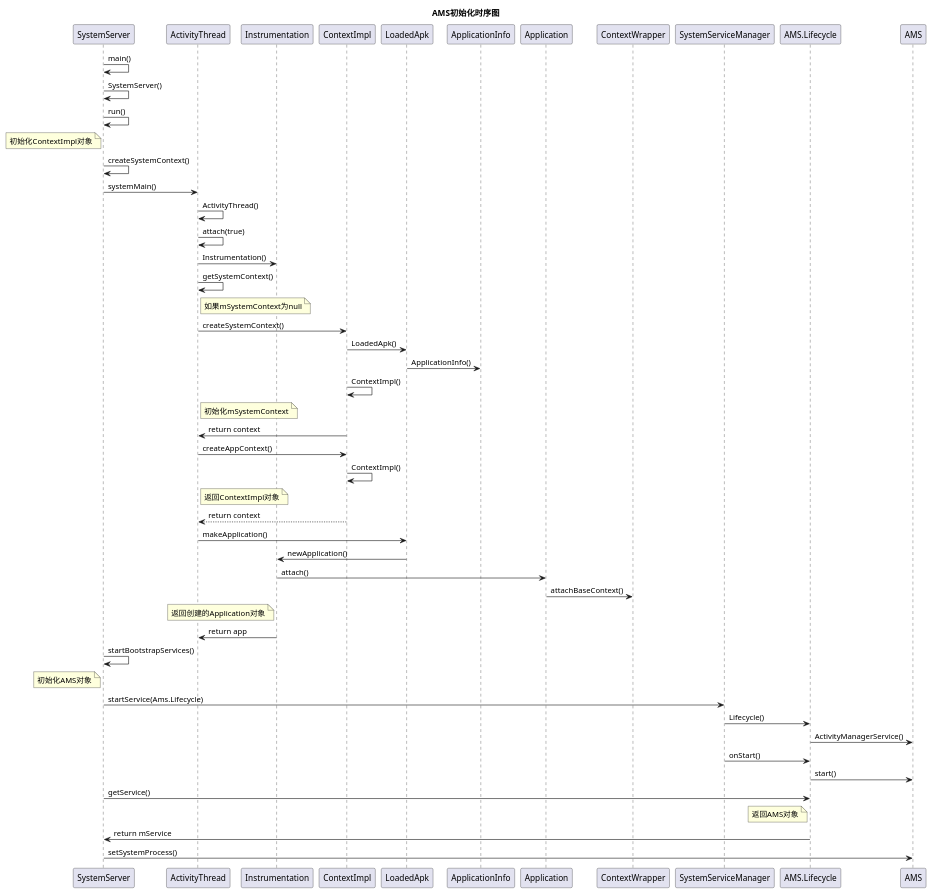
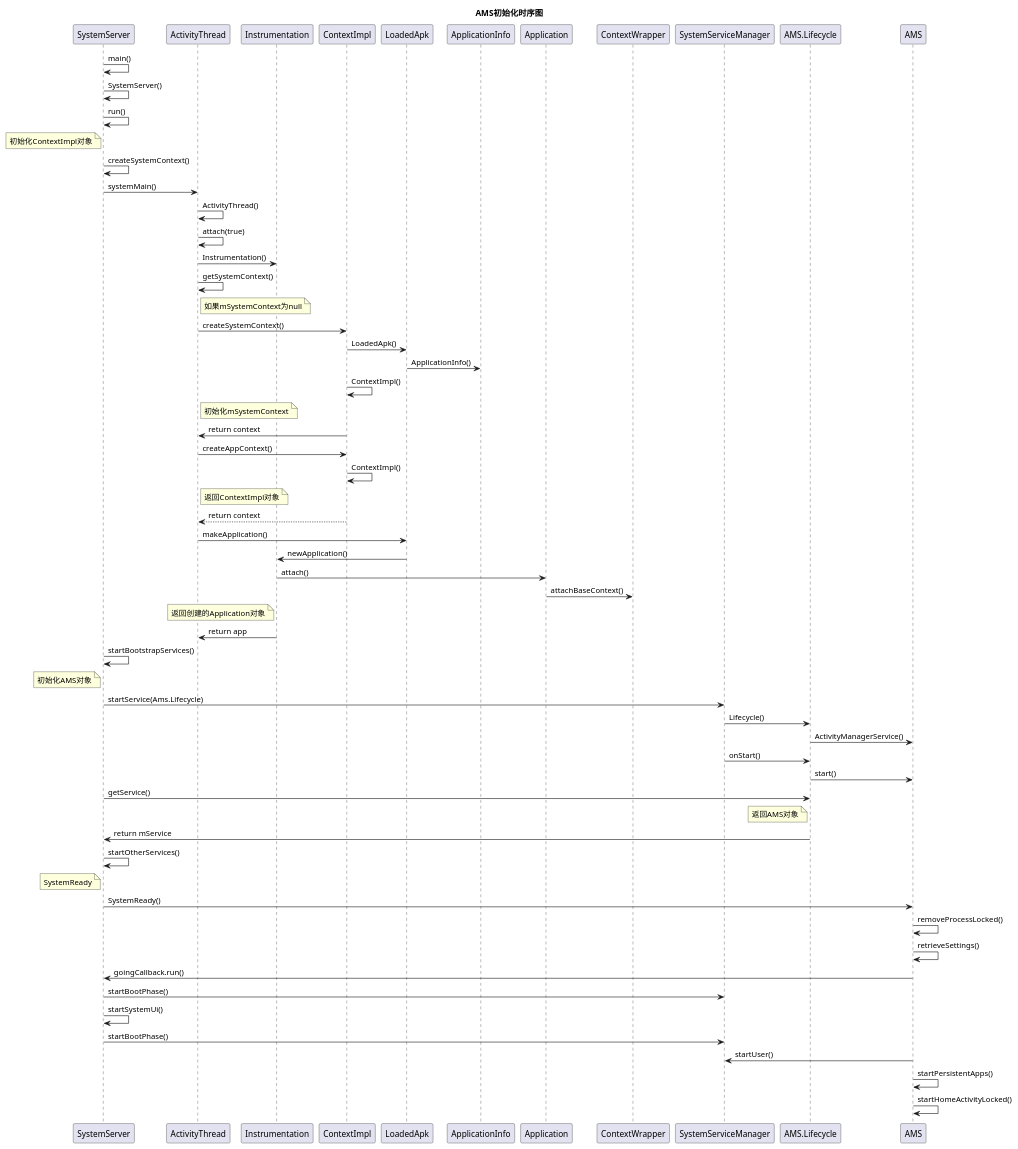
One commit to createtoohard/ams changed the diagram in ActivityManagerService初始化.md. Above: the diagram before and after it, drawn with PlantUML. The commit also changed other lines of this file, not shown here.

Commit message:
append ams_init

````diff
--- a/ActivityManagerService初始化.md
+++ b/ActivityManagerService初始化.md
@@ -15,55 +17,63 @@
 ```puml
 Title : AMS初始化时序图
 SystemServer -> SystemServer : main()
 SystemServer -> SystemServer : SystemServer()
 SystemServer -> SystemServer : run()
 
 Note left of SystemServer : 初始化ContextImpl对象
 SystemServer -> SystemServer : createSystemContext()
 SystemServer -> ActivityThread : systemMain()
 ActivityThread -> ActivityThread : ActivityThread()
 ActivityThread -> ActivityThread : attach(true)
 
 ActivityThread -> Instrumentation : Instrumentation()
 
 ActivityThread -> ActivityThread : getSystemContext()
 Note right of ActivityThread : 如果mSystemContext为null
 ActivityThread -> ContextImpl : createSystemContext()
 ContextImpl -> LoadedApk : LoadedApk()
 LoadedApk -> ApplicationInfo : ApplicationInfo()
 ContextImpl -> ContextImpl : ContextImpl()
 Note right of ActivityThread : 初始化mSystemContext
 ContextImpl -> ActivityThread : return context
 ActivityThread -> ContextImpl : createAppContext()
 ContextImpl -> ContextImpl : ContextImpl()
 Note right of ActivityThread : 返回ContextImpl对象
 ContextImpl --> ActivityThread : return context
 
 
 ActivityThread -> LoadedApk : makeApplication()
 LoadedApk -> Instrumentation : newApplication()
 Instrumentation -> Application : attach()
 Application -> ContextWrapper : attachBaseContext()
 Note left of Instrumentation : 返回创建的Application对象
 Instrumentation -> ActivityThread : return app
 
 
 SystemServer -> SystemServer : startBootstrapServices()
 Note left of SystemServer : 初始化AMS对象
 SystemServer -> SystemServiceManager : startService(Ams.Lifecycle)
 SystemServiceManager -> AMS.Lifecycle : Lifecycle()
 AMS.Lifecycle -> AMS : ActivityManagerService()
 SystemServiceManager -> AMS.Lifecycle : onStart()
 AMS.Lifecycle -> AMS : start()
 SystemServer -> AMS.Lifecycle : getService()
 Note left of AMS.Lifecycle : 返回AMS对象
 AMS.Lifecycle -> SystemServer : return mService
 
 
-SystemServer -> AMS : setSystemProcess()
+SystemServer -> SystemServer : startOtherServices()
+Note left of SystemServer : SystemReady
+SystemServer -> AMS : SystemReady()
+AMS -> AMS : removeProcessLocked()
+AMS -> AMS : retrieveSettings()
 
+AMS -> SystemServer : goingCallback.run()
+SystemServer -> SystemServiceManager : startBootPhase()
+SystemServer -> SystemServer : startSystemUi()
+SystemServer -> SystemServiceManager : startBootPhase()
 
-
-
-
+AMS -> SystemServiceManager : startUser()
+AMS -> AMS : startPersistentApps()
+AMS -> AMS : startHomeActivityLocked()
 ```
````
